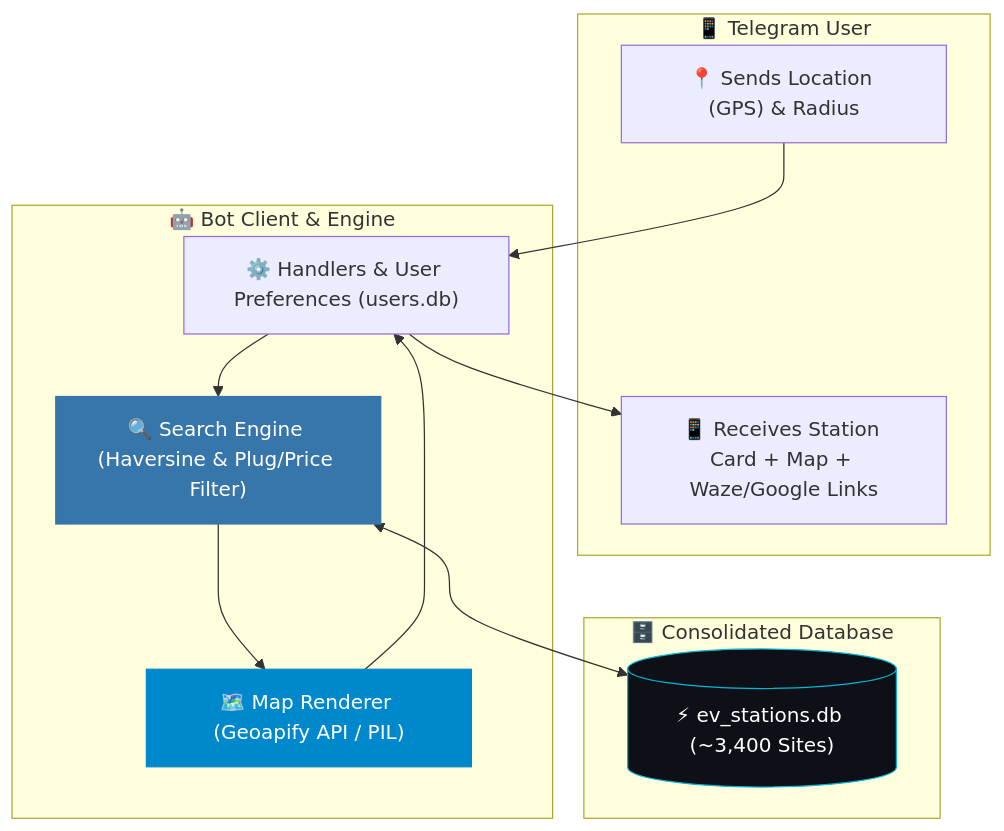
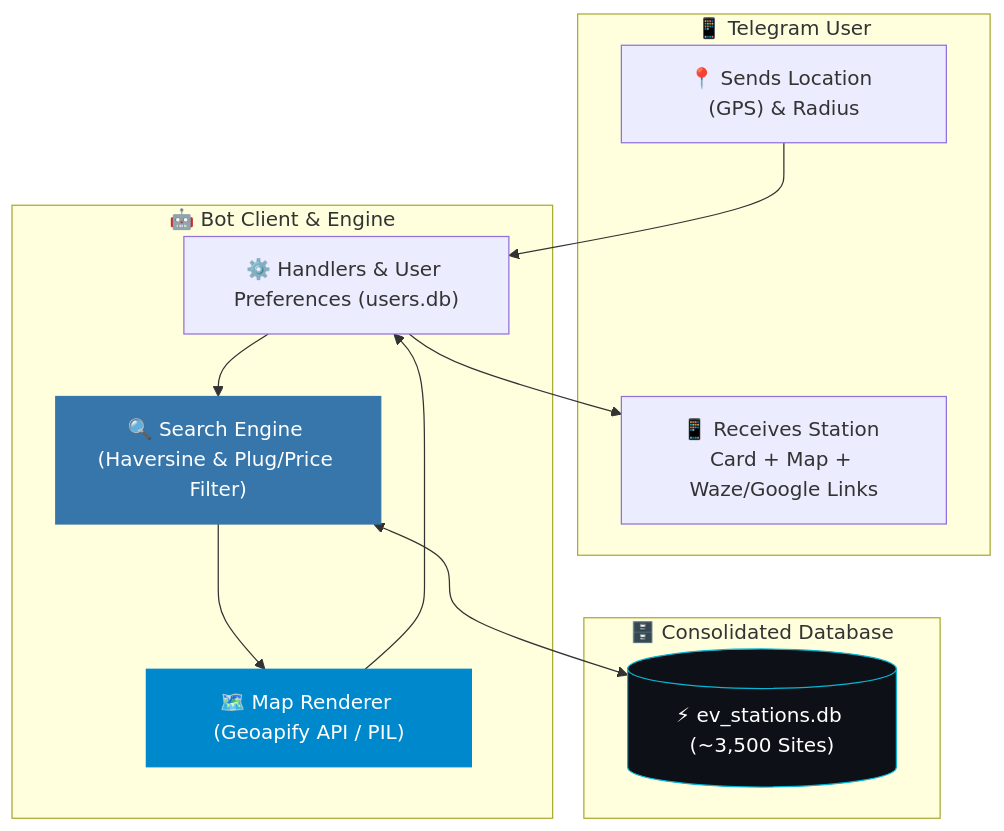
One commit to Omer-Dahan/EV_Charging changed the diagram in README.md. Above: the diagram before and after it, drawn with Mermaid. The commit also changed other lines of this file and 6 other files, not shown here.

````diff
--- a/README.md
+++ b/README.md
@@ -123,28 +123,28 @@
 ```mermaid
 flowchart TD
     subgraph USER["📱 Telegram User"]
         GPS["📍 Sends Location (GPS) & Radius"]
         OUT["📱 Receives Station Card + Map + Waze/Google Links"]
     end
 
     subgraph BOT["🤖 Bot Client & Engine"]
         H["⚙️ Handlers & User Preferences (users.db)"]
         SRCH["🔍 Search Engine (Haversine & Plug/Price Filter)"]
         MAP["🗺️ Map Renderer (Geoapify API / PIL)"]
     end
 
     subgraph DATA["🗄️ Consolidated Database"]
-        DB[("⚡ ev_stations.db (~3,400 Sites)")]
+        DB[("⚡ ev_stations.db (~3,500 Sites)")]
     end
 
     GPS --> H
     H --> SRCH
     SRCH <--> DB
     SRCH --> MAP
     MAP --> H
     H --> OUT
 
     style DB fill:#0D1117,stroke:#06B6D4,color:#fff
     style MAP fill:#0088CC,stroke:#0088CC,color:#fff
     style SRCH fill:#3776AB,stroke:#3776AB,color:#fff
 ```
````
